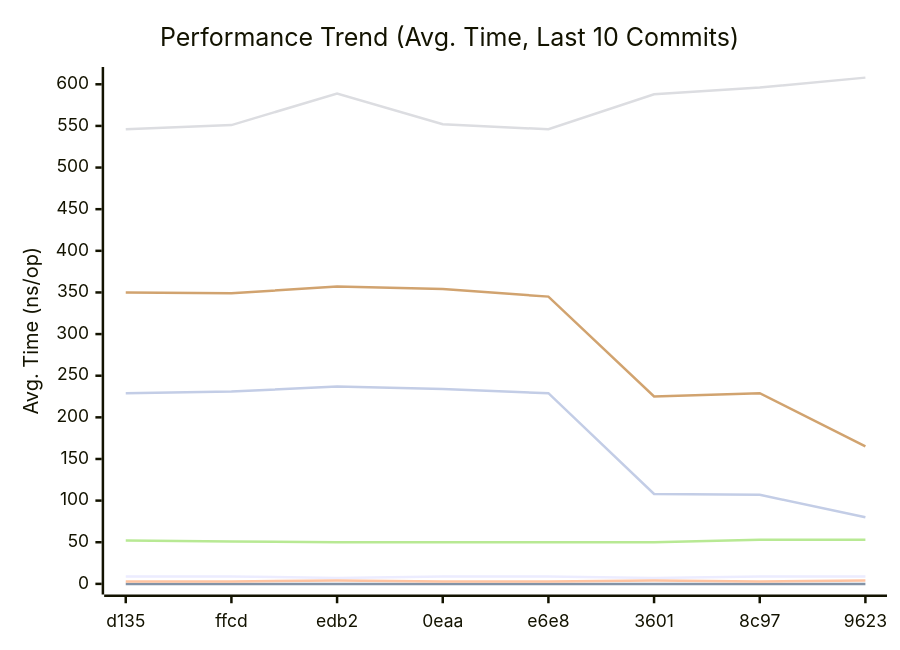
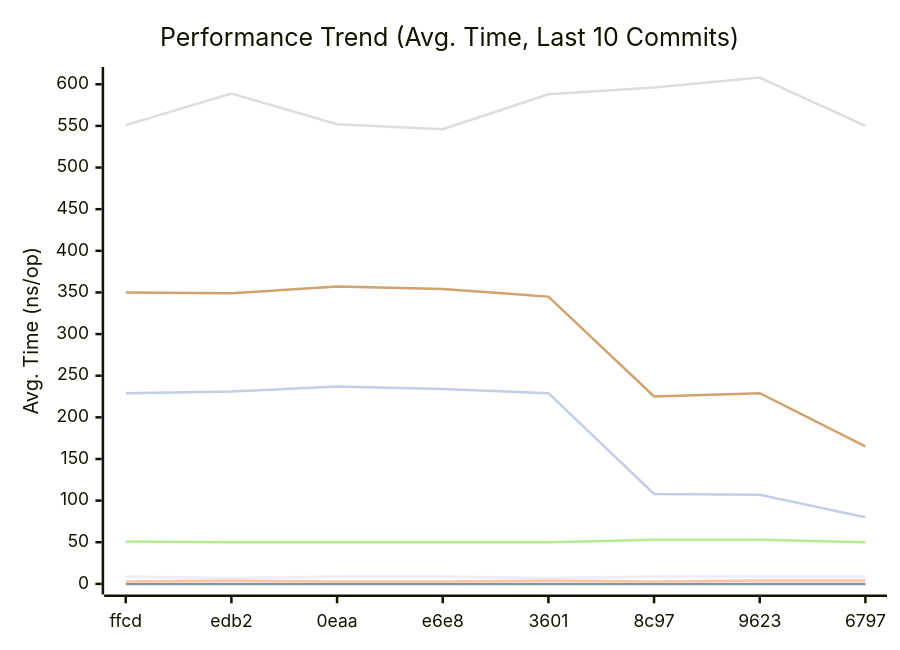
One commit to alsotoes/momo changed the first of 3 diagrams in docs/README.md. Above: the diagram before and after it, drawn with Mermaid. The commit also changed other lines of this file and 1 other file, not shown here.

````diff
--- a/docs/README.md
+++ b/docs/README.md
@@ -303,14 +303,14 @@
 ```mermaid
 xychart-beta
     title "Performance Trend (Avg. Time, Last 10 Commits)"
     x-axis "Commit"
     y-axis "Avg. Time (ns/op)"
-    x-axis [d135,ffcd,edb2,0eaa,e6e8,3601,8c97,9623]
-    line "CheckMetricsAndSwap" [9,9,7,9,9,7,9,9,9,9]
+    x-axis [ffcd,edb2,0eaa,e6e8,3601,8c97,9623,6797]
+    line "CheckMetricsAndSwap" [9,7,9,9,7,9,9,9,9,9]
     line "IndexDirectTracking" [0,0,0,0,0,0,0,0,0,0]
-    line "IndexSearch" [3,3,4,3,3,4,3,4,4,3]
-    line "LoadGlobalConfig" [546,551,589,552,546,588,596,608,550,592]
-    line "PadString" [52,51,50,50,50,50,53,53,50,53]
+    line "IndexSearch" [3,4,3,3,4,3,4,4,3,3]
+    line "LoadGlobalConfig" [551,589,552,546,588,596,608,550,592,587]
+    line "PadString" [51,50,50,50,50,53,53,50,53,53]
     line "ParseReplicationOrder_NoPrealloc" [350,349,357,354,345,225,229,165,232,234]
     line "ParseReplicationOrder_Prealloc" [229,231,237,234,229,108,107,80,110,109]
 ```
````
